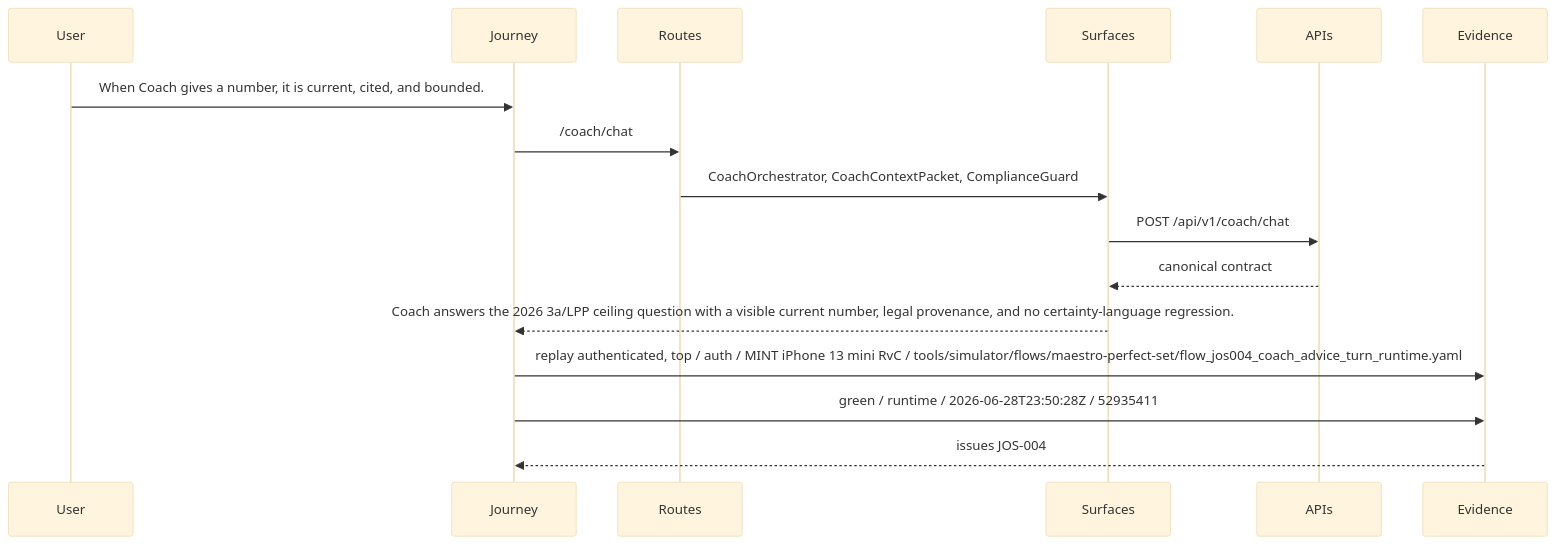
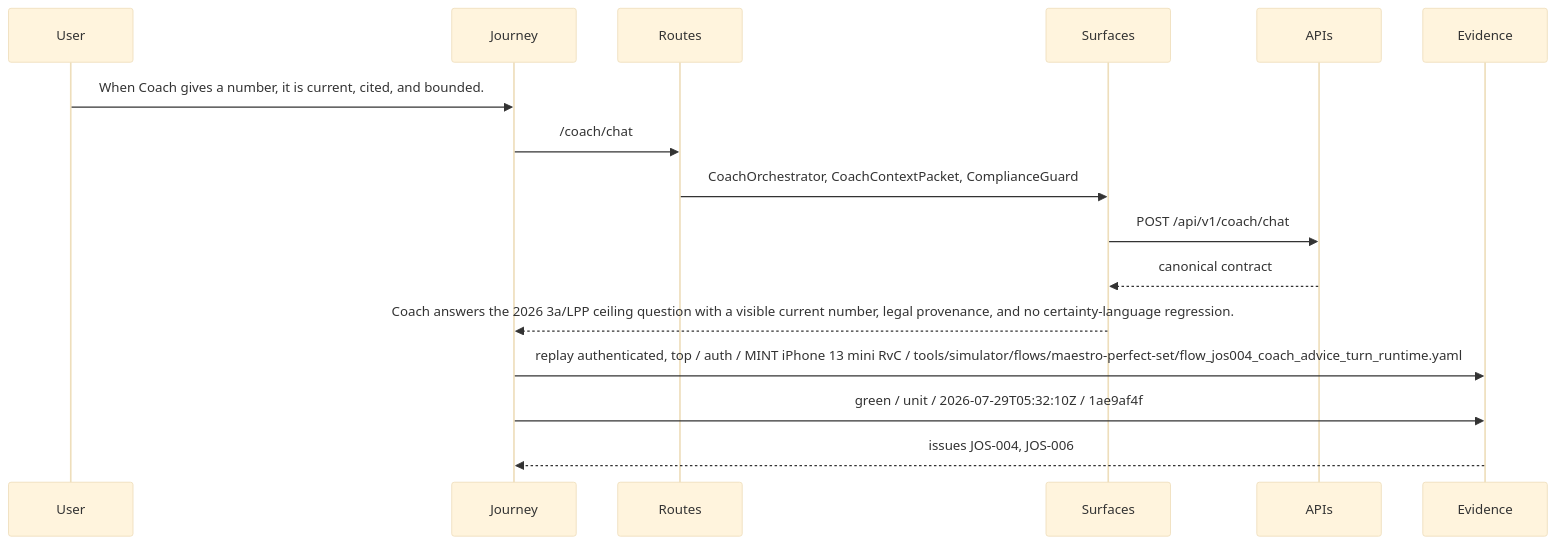
The diagram in .planning/journeys/diagrams/coach_advice_turn_sequence.mmd (MINT-IA/MINT), drawn with Mermaid (base theme) before and after one commit. The commit also changed 10 other files, not shown here.

First line of the commit message:
docs(planning): journey OS — évidence campagne étalon fiscal + JOS-006 en file — réconciliation 2026-07-29

```diff
--- a/.planning/journeys/diagrams/coach_advice_turn_sequence.mmd
+++ b/.planning/journeys/diagrams/coach_advice_turn_sequence.mmd
@@ -1,17 +1,17 @@
 %% Generated from .planning/journeys/records/coach_advice_turn.json
 sequenceDiagram
   participant User
   participant Journey
   participant Routes
   participant Surfaces
   participant APIs
   participant Evidence
   User->>Journey: When Coach gives a number, it is current, cited, and bounded.
   Journey->>Routes: /coach/chat
   Routes->>Surfaces: CoachOrchestrator, CoachContextPacket, ComplianceGuard
   Surfaces->>APIs: POST /api/v1/coach/chat
   APIs-->>Surfaces: canonical contract
   Surfaces-->>Journey: Coach answers the 2026 3a/LPP ceiling question with a visible current number, legal provenance, and no certainty-language regression.
   Journey->>Evidence: replay authenticated, top / auth / MINT iPhone 13 mini RvC / tools/simulator/flows/maestro-perfect-set/flow_jos004_coach_advice_turn_runtime.yaml
-  Journey->>Evidence: green / runtime / 2026-06-28T23:50:28Z / 52935411
-  Evidence-->>Journey: issues JOS-004
+  Journey->>Evidence: green / unit / 2026-07-29T05:32:10Z / 1ae9af4f
+  Evidence-->>Journey: issues JOS-004, JOS-006
```
